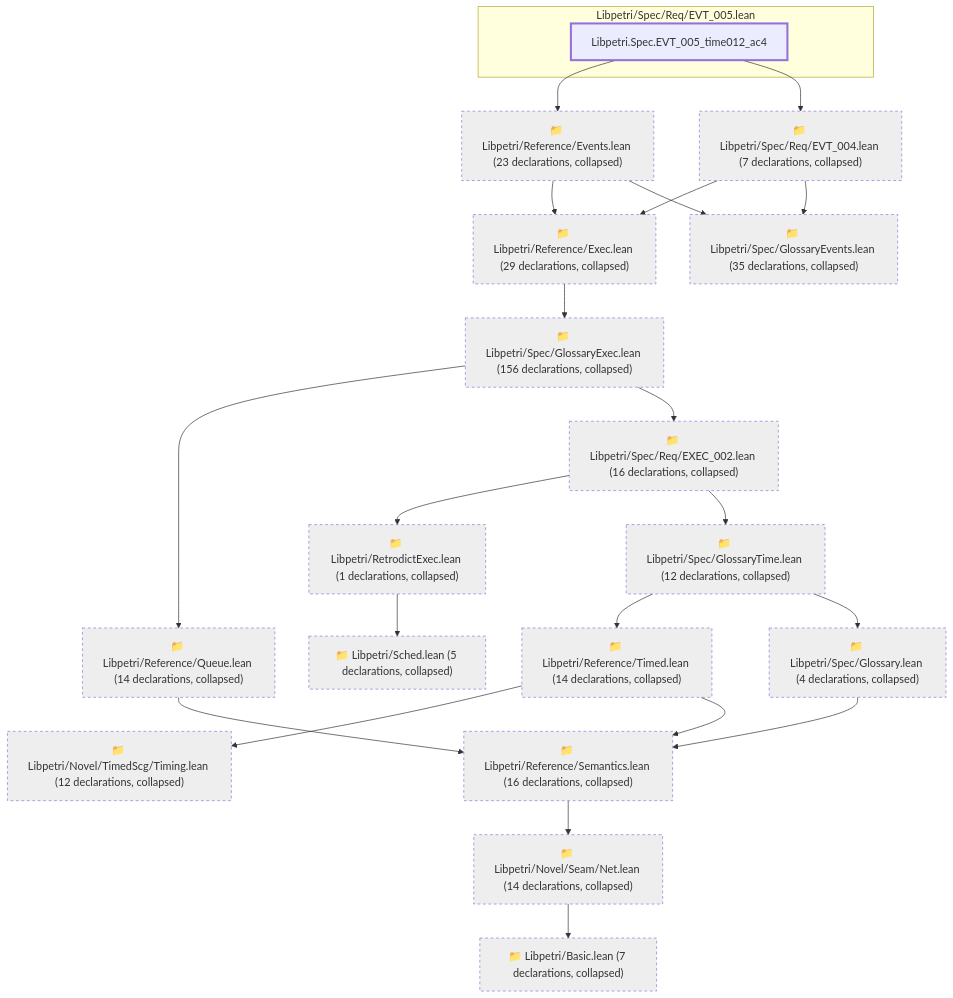
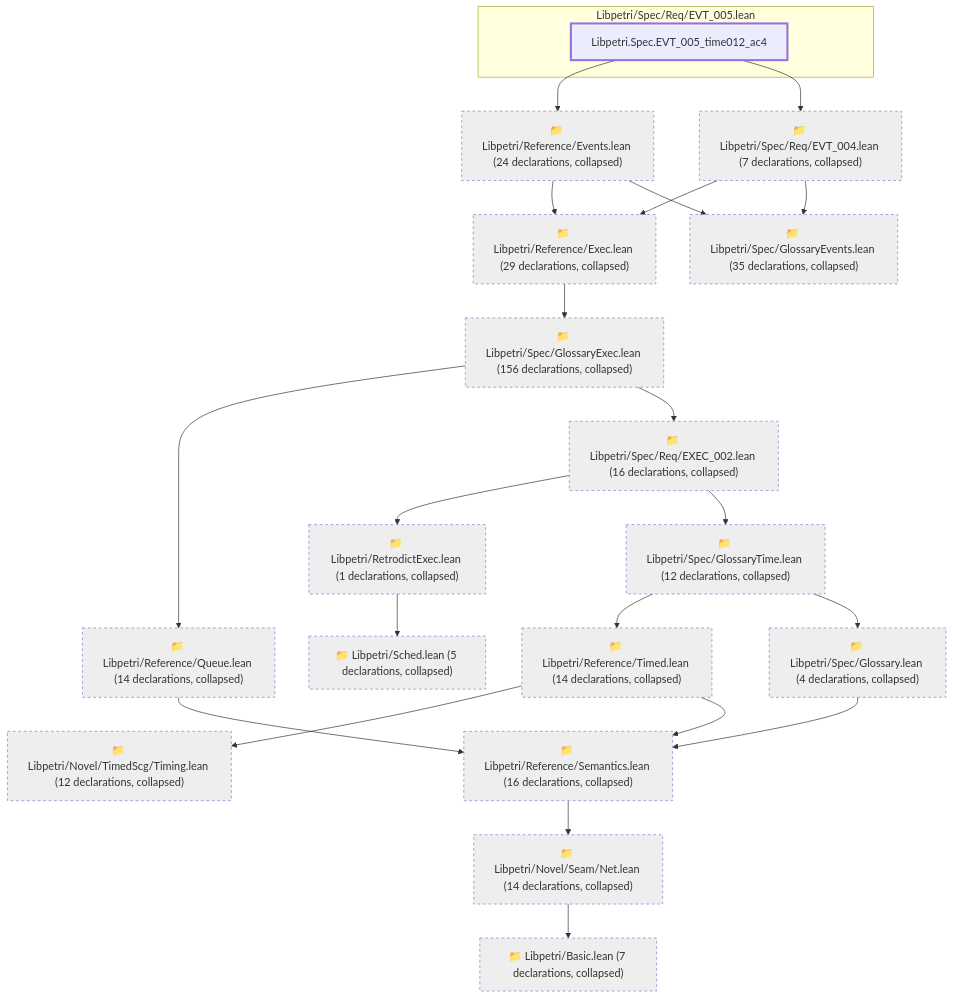
Before and after one commit to debe/libpetri: the fifth of 7 diagrams in lean/graph/requirements/TIME-012.md, drawn with Mermaid. The commit also changed other lines of this file and 393 other files, not shown here.

First line of the commit message:
feat(spec): AI sign-off of every Lean requirement block; defect ledger closed

````diff
--- a/lean/graph/requirements/TIME-012.md
+++ b/lean/graph/requirements/TIME-012.md
@@ -524,47 +524,47 @@
 ```mermaid
 flowchart TD
   subgraph g0["Libpetri/Spec/Req/EVT_005.lean"]
-    n6318["Libpetri.Spec.EVT_005_time012_ac4"]
+    n6351["Libpetri.Spec.EVT_005_time012_ac4"]
   end
   c0["📁 Libpetri/Basic.lean (7 declarations, collapsed)"]
   c54["📁 Libpetri/Novel/Seam/Net.lean (14 declarations, collapsed)"]
   c66["📁 Libpetri/Novel/TimedScg/Timing.lean (12 declarations, collapsed)"]
-  c78["📁 Libpetri/Reference/Events.lean (23 declarations, collapsed)"]
+  c78["📁 Libpetri/Reference/Events.lean (24 declarations, collapsed)"]
   c80["📁 Libpetri/Reference/Exec.lean (29 declarations, collapsed)"]
   c91["📁 Libpetri/Reference/Queue.lean (14 declarations, collapsed)"]
   c94["📁 Libpetri/Reference/Semantics.lean (16 declarations, collapsed)"]
   c98["📁 Libpetri/Reference/Timed.lean (14 declarations, collapsed)"]
   c103["📁 Libpetri/RetrodictExec.lean (1 declarations, collapsed)"]
   c109["📁 Libpetri/Sched.lean (5 declarations, collapsed)"]
   c132["📁 Libpetri/Spec/Glossary.lean (4 declarations, collapsed)"]
   c138["📁 Libpetri/Spec/GlossaryEvents.lean (35 declarations, collapsed)"]
   c139["📁 Libpetri/Spec/GlossaryExec.lean (156 declarations, collapsed)"]
   c146["📁 Libpetri/Spec/GlossaryTime.lean (12 declarations, collapsed)"]
   c210["📁 Libpetri/Spec/Req/EVT_004.lean (7 declarations, collapsed)"]
   c232["📁 Libpetri/Spec/Req/EXEC_002.lean (16 declarations, collapsed)"]
   c54 --> c0
   c78 --> c80
   c78 --> c138
   c80 --> c139
   c91 --> c94
   c94 --> c54
   c98 --> c66
   c98 --> c94
   c103 --> c109
   c132 --> c94
   c139 --> c91
   c139 --> c232
   c146 --> c98
   c146 --> c132
   c210 --> c80
   c210 --> c138
   c232 --> c103
   c232 --> c146
-  n6318 --> c78
-  n6318 --> c210
+  n6351 --> c78
+  n6351 --> c210
   classDef root stroke-width:3px
   classDef locked fill:#fff3cd,stroke:#b8860b
   classDef collapsed fill:#eeeeee,stroke-dasharray:4 4
-  class n6318 root
+  class n6351 root
   class c0,c54,c66,c78,c80,c91,c94,c98,c103,c109,c132,c138,c139,c146,c210,c232 collapsed
 ```
````
